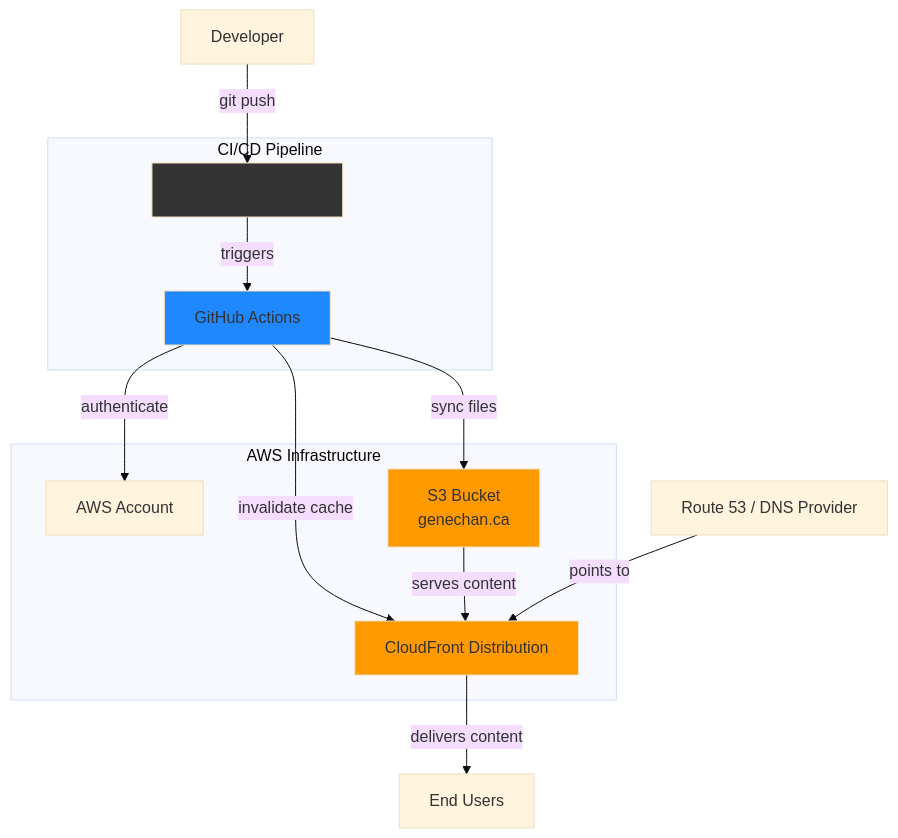
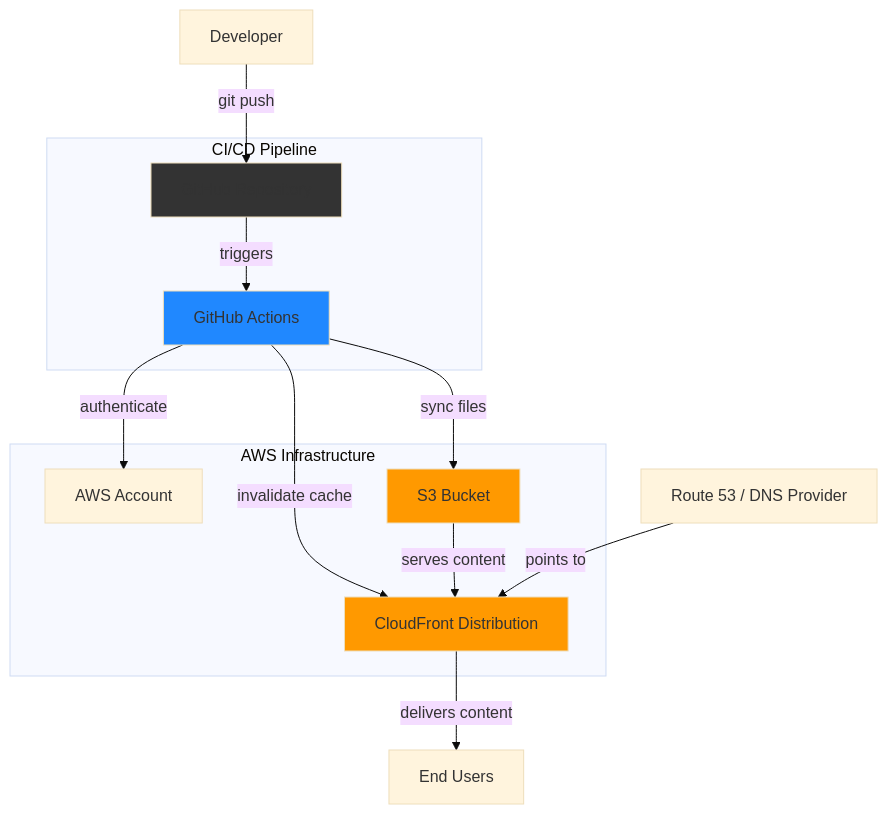
The diagram in README.md (genechan929/web_resume), drawn with Mermaid (base theme) before and after one commit.

Commit message:
Cleaned up architectural digram

````diff
--- a/README.md
+++ b/README.md
@@ -11,27 +11,27 @@
 ```mermaid
 graph TB
     Dev[Developer] -->|git push| GH[GitHub Repository]
     GH -->|triggers| GA[GitHub Actions]
     GA -->|authenticate| AWS[AWS Account]
-    GA -->|sync files| S3[S3 Bucket<br/>genechan.ca]
+    GA -->|sync files| S3[S3 Bucket]
     GA -->|invalidate cache| CF[CloudFront Distribution]
     S3 -->|serves content| CF
     CF -->|delivers content| Users[End Users]
     DNS[Route 53 / DNS Provider] -->|points to| CF
     
     subgraph "AWS Infrastructure"
         S3
         CF
         AWS
     end
     
     subgraph "CI/CD Pipeline"
         GH
         GA
     end
     
     style S3 fill:#ff9900
     style CF fill:#ff9900
     style GA fill:#2088ff
     style GH fill:#333
 ```
````
